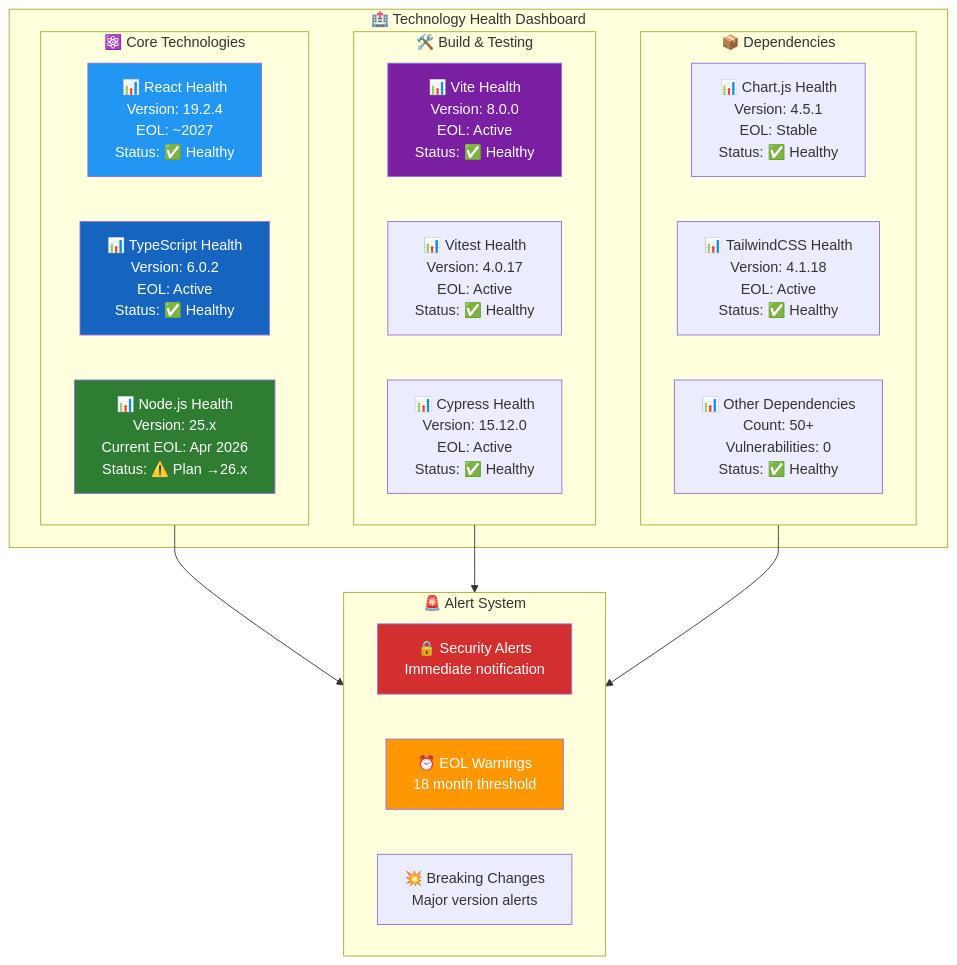
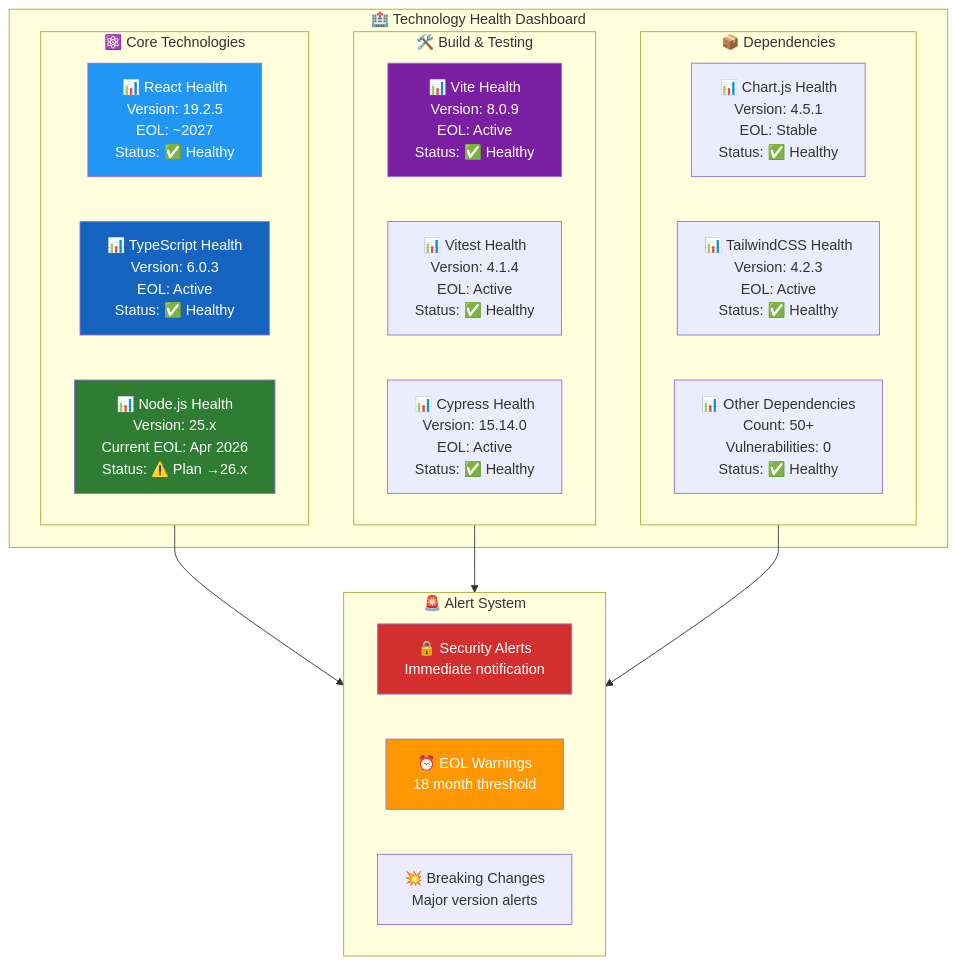
One commit to step-security-bot/cia-compliance-manager changed the ninth of 9 diagrams in docs/End-of-Life-Strategy.md. Above: the diagram before and after it, drawn with Mermaid. The commit also changed other lines of this file and 12 other files, not shown here.

````diff
--- a/docs/End-of-Life-Strategy.md
+++ b/docs/End-of-Life-Strategy.md
@@ -716,39 +716,39 @@
 ```mermaid
 graph TB
     subgraph HEALTH["🏥 Technology Health Dashboard"]
         subgraph CORE["⚛️ Core Technologies"]
-            REACT[📊 React Health<br/>Version: 19.2.4<br/>EOL: ~2027<br/>Status: ✅ Healthy]
-            TS[📊 TypeScript Health<br/>Version: 6.0.2<br/>EOL: Active<br/>Status: ✅ Healthy]
+            REACT[📊 React Health<br/>Version: 19.2.5<br/>EOL: ~2027<br/>Status: ✅ Healthy]
+            TS[📊 TypeScript Health<br/>Version: 6.0.3<br/>EOL: Active<br/>Status: ✅ Healthy]
             NODE[📊 Node.js Health<br/>Version: 25.x<br/>Current EOL: Apr 2026<br/>Status: ⚠️ Plan →26.x]
         end
         
         subgraph TOOLS["🛠️ Build & Testing"]
-            VITE[📊 Vite Health<br/>Version: 8.0.0<br/>EOL: Active<br/>Status: ✅ Healthy]
-            VITEST[📊 Vitest Health<br/>Version: 4.0.17<br/>EOL: Active<br/>Status: ✅ Healthy]
-            CYPRESS[📊 Cypress Health<br/>Version: 15.12.0<br/>EOL: Active<br/>Status: ✅ Healthy]
+            VITE[📊 Vite Health<br/>Version: 8.0.9<br/>EOL: Active<br/>Status: ✅ Healthy]
+            VITEST[📊 Vitest Health<br/>Version: 4.1.4<br/>EOL: Active<br/>Status: ✅ Healthy]
+            CYPRESS[📊 Cypress Health<br/>Version: 15.14.0<br/>EOL: Active<br/>Status: ✅ Healthy]
         end
         
         subgraph DEPS["📦 Dependencies"]
             CHART[📊 Chart.js Health<br/>Version: 4.5.1<br/>EOL: Stable<br/>Status: ✅ Healthy]
-            TAILWIND[📊 TailwindCSS Health<br/>Version: 4.1.18<br/>EOL: Active<br/>Status: ✅ Healthy]
+            TAILWIND[📊 TailwindCSS Health<br/>Version: 4.2.3<br/>EOL: Active<br/>Status: ✅ Healthy]
             OTHER[📊 Other Dependencies<br/>Count: 50+<br/>Vulnerabilities: 0<br/>Status: ✅ Healthy]
         end
     end
     
     subgraph ALERTS["🚨 Alert System"]
         SECURITY[🔒 Security Alerts<br/>Immediate notification]
         EOL[⏰ EOL Warnings<br/>18 month threshold]
         BREAKING[💥 Breaking Changes<br/>Major version alerts]
     end
     
     CORE --> ALERTS
     TOOLS --> ALERTS
     DEPS --> ALERTS
     
     style REACT fill:#2196F3,color:#fff
     style TS fill:#1565C0,color:#fff
     style NODE fill:#2E7D32,color:#fff
     style VITE fill:#7B1FA2,color:#fff
     style SECURITY fill:#d32f2f,color:#fff
     style EOL fill:#ff9800,color:#fff
 ```
````
